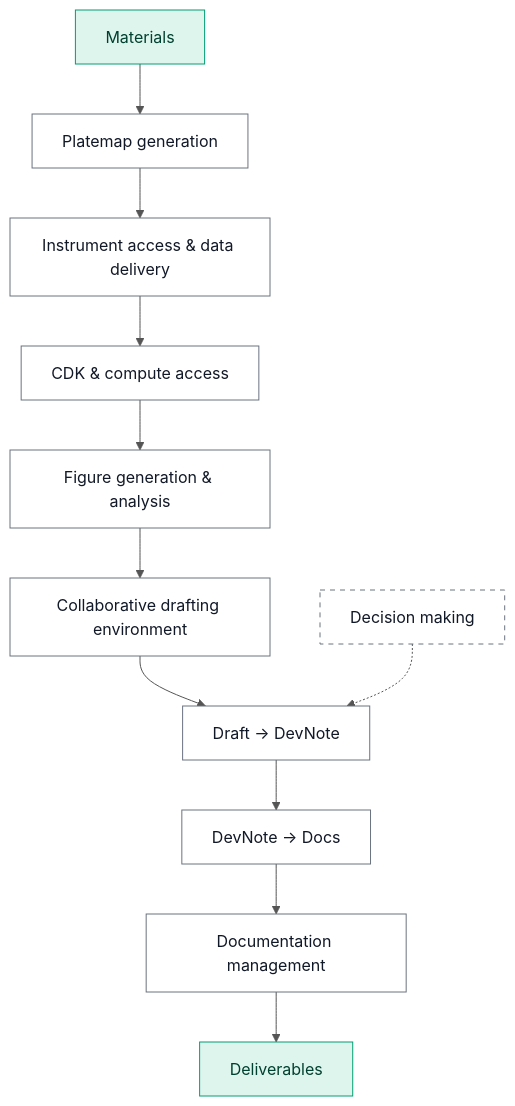
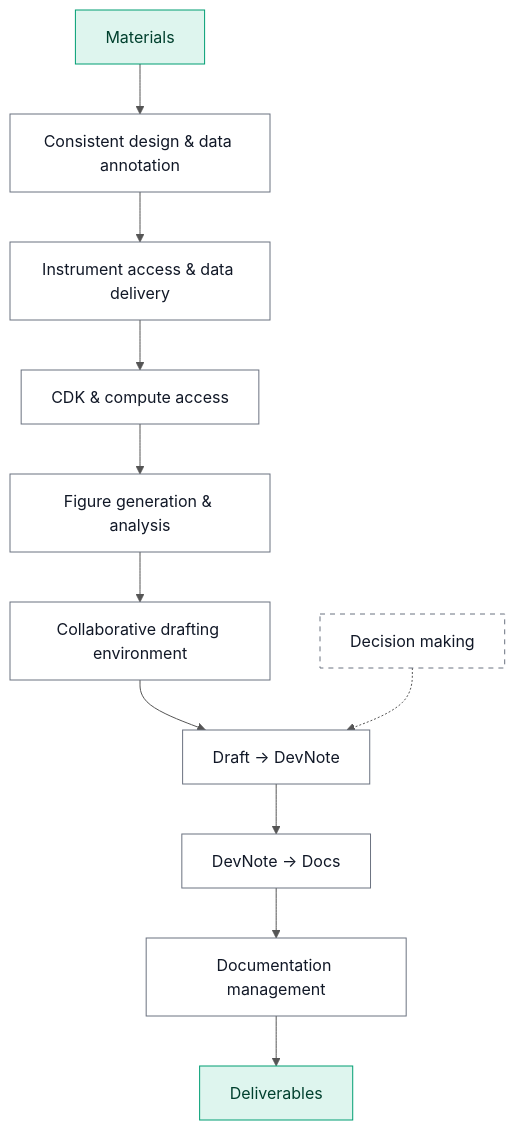
One commit to nucleus-eng/nucleus-devnote-archive-1 changed the diagram in devnotes/devstudio/assets/pipeline-diagram.md. Above: the diagram before and after it, drawn with Mermaid. The commit also changed 2 other files, not shown here.

Commit message:
Clarify DevCells context and align pipeline labels with section text

````diff
--- a/devnotes/devstudio/assets/pipeline-diagram.md
+++ b/devnotes/devstudio/assets/pipeline-diagram.md
@@ -2,33 +2,33 @@
 ```mermaid
 %%{init: {'theme': 'base', 'themeVariables': {'lineColor': '#555555', 'edgeLabelBackground': '#ffffff'}}}%%
 flowchart TD
     MATERIALS["Materials"]
-    PLATEMAP["Platemap generation"]
+    PLATEMAP["Consistent design & data annotation"]
     INSTRUMENT["Instrument access & data delivery"]
     CDK["CDK & compute access"]
     FIGURES["Figure generation & analysis"]
     DRAFTING["Collaborative drafting environment"]
     DECISIONS["Decision making"]
     DEVNOTE["Draft → DevNote"]
     DOCS["DevNote → Docs"]
     MGMT["Documentation management"]
     DELIVERABLES["Deliverables"]
 
     MATERIALS --> PLATEMAP
     PLATEMAP --> INSTRUMENT
     INSTRUMENT --> CDK
     CDK --> FIGURES
     FIGURES --> DRAFTING
     DRAFTING --> DEVNOTE
     DECISIONS -.-> DEVNOTE
     DEVNOTE --> DOCS
     DOCS --> MGMT
     MGMT --> DELIVERABLES
 
     classDef shared fill:#def5ee,stroke:#009E73,color:#00402e;
     classDef process fill:#ffffff,stroke:#6b7280,color:#111827;
 
     class MATERIALS,DELIVERABLES shared;
     class PLATEMAP,INSTRUMENT,CDK,FIGURES,DRAFTING,DEVNOTE,DOCS,MGMT,DECISIONS process;
     style DECISIONS stroke-dasharray: 5 5
 ```
````
